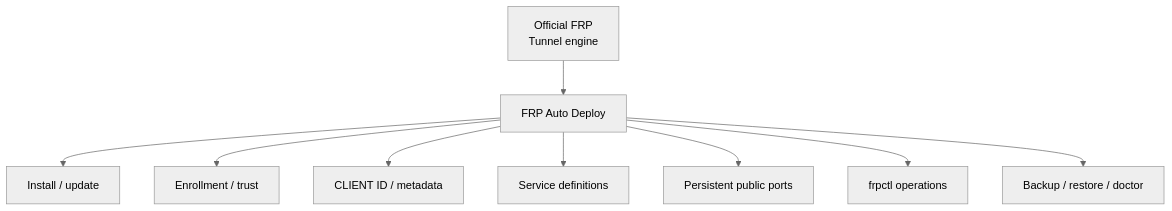
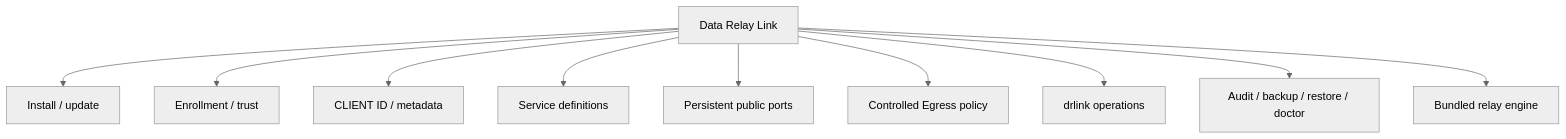
One commit to datarelay-labs/data-relay-link-docs changed the fifth of 5 diagrams in getting-started/overview.mdx. Above: the diagram before and after it, drawn with Mermaid (neutral theme). The commit also changed other lines of this file and 36 other files, not shown here.

````diff
--- a/getting-started/overview.mdx
+++ b/getting-started/overview.mdx
@@ -71,13 +104,13 @@
 ```mermaid
 flowchart TB
-    FRP[Official FRP\nTunnel engine]
-    AD[FRP Auto Deploy]
-    AD --> I[Install / update]
-    AD --> E[Enrollment / trust]
-    AD --> ID[CLIENT ID / metadata]
-    AD --> SV[Service definitions]
-    AD --> PP[Persistent public ports]
-    AD --> CLI[frpctl operations]
-    AD --> DR[Backup / restore / doctor]
-    FRP --> AD
+    D[Data Relay Link]
+    D --> I[Install / update]
+    D --> E[Enrollment / trust]
+    D --> ID[CLIENT ID / metadata]
+    D --> SV[Service definitions]
+    D --> PP[Persistent public ports]
+    D --> EG[Controlled Egress policy]
+    D --> CLI[drlink operations]
+    D --> DR[Audit / backup / restore / doctor]
+    D --> RE[Bundled relay engine]
 ```
````
